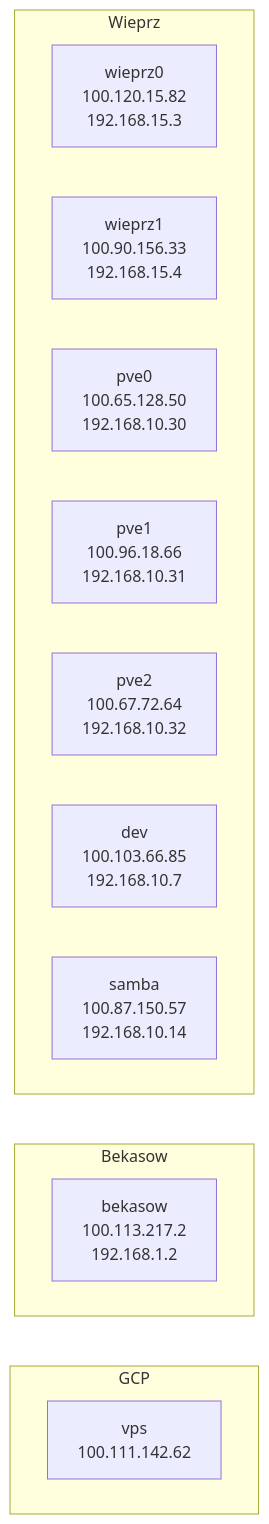
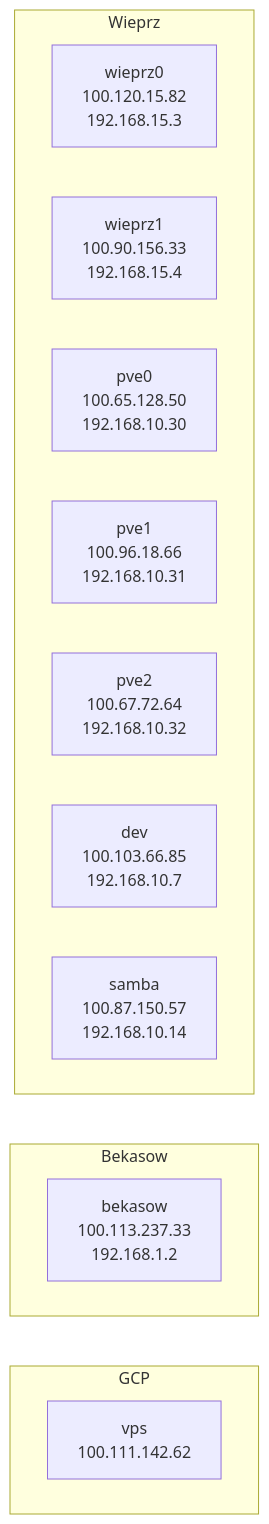
One commit to mkuthan/homelab-public changed the diagram in docs/network.md. Above: the diagram before and after it, drawn with Mermaid. The commit also changed other lines of this file and 16 other files, not shown here.

````diff
--- a/docs/network.md
+++ b/docs/network.md
@@ -7,22 +7,22 @@
 ```mermaid
 flowchart TD
     subgraph Wieprz
         WIEPRZ0[wieprz0 <br> 100.120.15.82 <br> 192.168.15.3]
         WIEPRZ1[wieprz1 <br> 100.90.156.33 <br> 192.168.15.4]
         PVE0[pve0 <br> 100.65.128.50 <br> 192.168.10.30]
         PVE1[pve1 <br> 100.96.18.66 <br> 192.168.10.31]
         PVE2[pve2 <br> 100.67.72.64 <br> 192.168.10.32]
         DEV[dev <br> 100.103.66.85 <br> 192.168.10.7] 
         SAMBA[samba <br> 100.87.150.57 <br> 192.168.10.14]
     end
 
     subgraph Bekasow
-        BEKASOW[bekasow <br> 100.113.217.2 <br> 192.168.1.2]
+        BEKASOW[bekasow <br> 100.113.237.33 <br> 192.168.1.2]
     end
     
     subgraph GCP
         VPS[vps <br> 100.111.142.62]
     end
 
     Wieprz ~~~ Bekasow ~~~GCP
 ```
````
